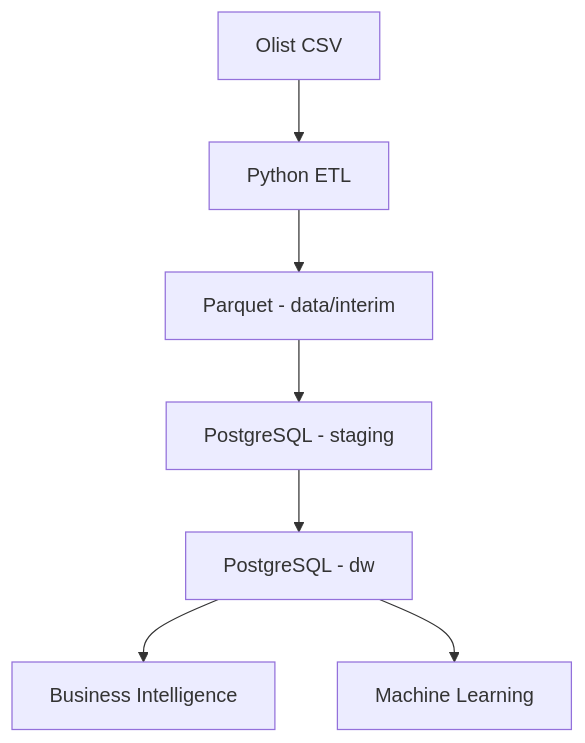
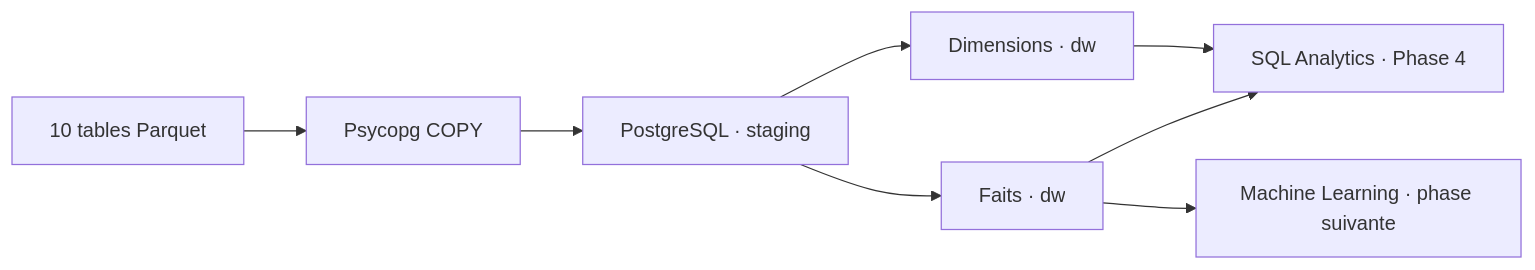
Before and after one commit to anasharouche/ecommerce-data-intelligence: the first of 2 diagrams in docs/PHASE_3_DATA_WAREHOUSE.md, drawn with Mermaid. The commit also changed other lines of this file and 3 other files, not shown here.

````diff
--- a/docs/PHASE_3_DATA_WAREHOUSE.md
+++ b/docs/PHASE_3_DATA_WAREHOUSE.md
@@ -25,9 +43,10 @@
 ```mermaid
-flowchart TD
-    A[Olist CSV] --> B[Python ETL]
-    B --> C[Parquet - data/interim]
-    C --> D[PostgreSQL - staging]
-    D --> E[PostgreSQL - dw]
-    E --> F[Business Intelligence]
-    E --> G[Machine Learning]
+flowchart LR
+    A["10 tables Parquet"] --> B["Psycopg COPY"]
+    B --> C["PostgreSQL · staging"]
+    C --> D["Dimensions · dw"]
+    C --> E["Faits · dw"]
+    D --> F["SQL Analytics · Phase 4"]
+    E --> F
+    E --> G["Machine Learning · phase suivante"]
 ```
````
